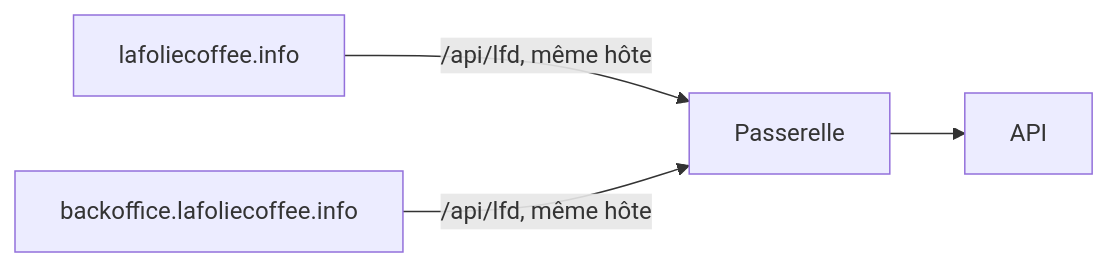
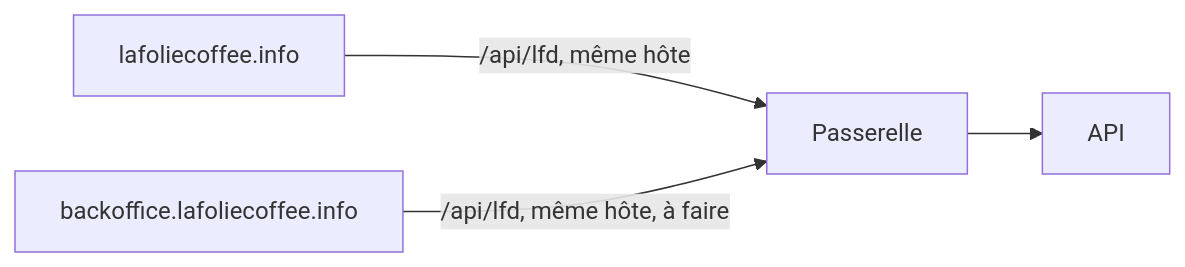
The second of 2 diagrams in documentation/caching-usage/plan-latence-de-navigation.md (hugoheynard/lfd), drawn with Mermaid before and after one commit. The commit also changed other lines of this file, not shown here.

````diff
--- a/documentation/caching-usage/plan-latence-de-navigation.md
+++ b/documentation/caching-usage/plan-latence-de-navigation.md
@@ -127,6 +169,6 @@
 ```mermaid
 flowchart LR
   B["lafoliecoffee.info"] -->|"/api/lfd, même hôte"| G["Passerelle"]
-  BO["backoffice.lafoliecoffee.info"] -->|"/api/lfd, même hôte"| G
+  BO["backoffice.lafoliecoffee.info"] -->|"/api/lfd, même hôte, à faire"| G
   G --> API["API"]
 ```
````
